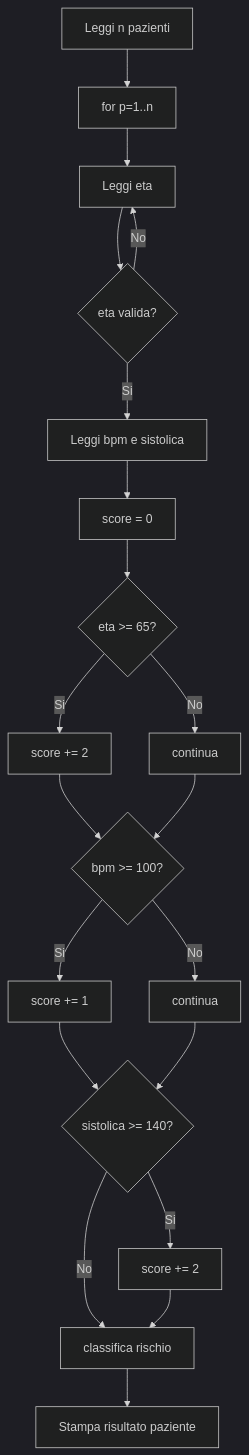
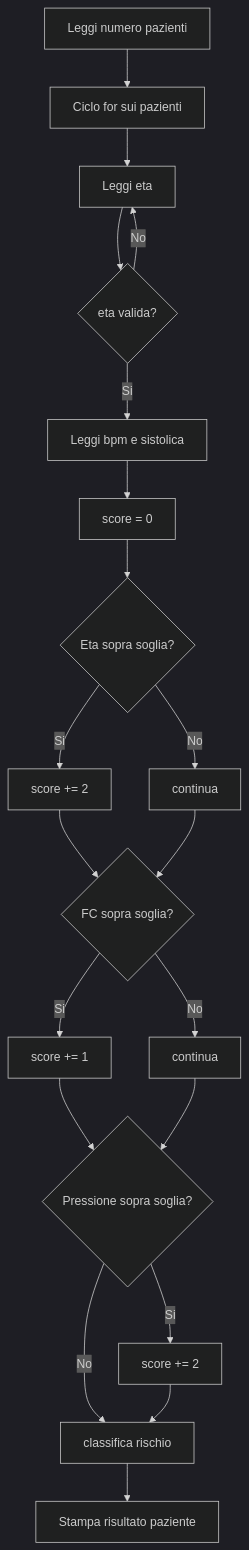
The tenth of 10 diagrams in 03-matlab-strutture-controllo/README.md (lucadagati/Lab_Fondamenti_di_Informatica_25_26), drawn with Mermaid (dark theme) before and after one commit. The commit also changed other lines of this file, not shown here.

First line of the commit message:
Fix Mermaid compatibility in Lab 3 diagrams

````diff
--- a/03-matlab-strutture-controllo/README.md
+++ b/03-matlab-strutture-controllo/README.md
@@ -248,22 +248,22 @@
 ```mermaid
 flowchart TD
-    A[Leggi n pazienti] --> B[for p=1..n]
+    A[Leggi numero pazienti] --> B[Ciclo for sui pazienti]
     B --> C[Leggi eta]
     C --> D{eta valida?}
     D -- No --> C
     D -- Si --> E[Leggi bpm e sistolica]
     E --> F[score = 0]
-    F --> G{eta >= 65?}
+    F --> G{Eta sopra soglia?}
     G -- Si --> H[score += 2]
     G -- No --> I[continua]
-    H --> J{bpm >= 100?}
+    H --> J{FC sopra soglia?}
     I --> J
     J -- Si --> K[score += 1]
     J -- No --> L[continua]
-    K --> M{sistolica >= 140?}
+    K --> M{Pressione sopra soglia?}
     L --> M
     M -- Si --> N[score += 2]
     M -- No --> O[classifica rischio]
     N --> O
     O --> P[Stampa risultato paziente]
 ```
````
